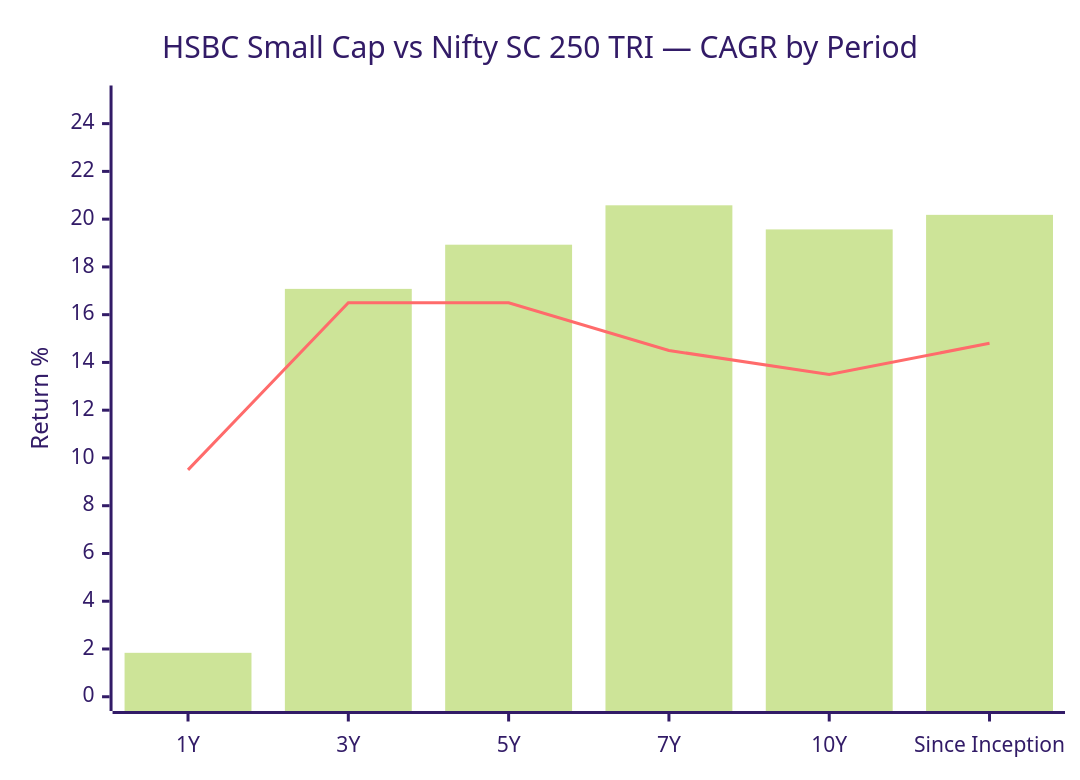
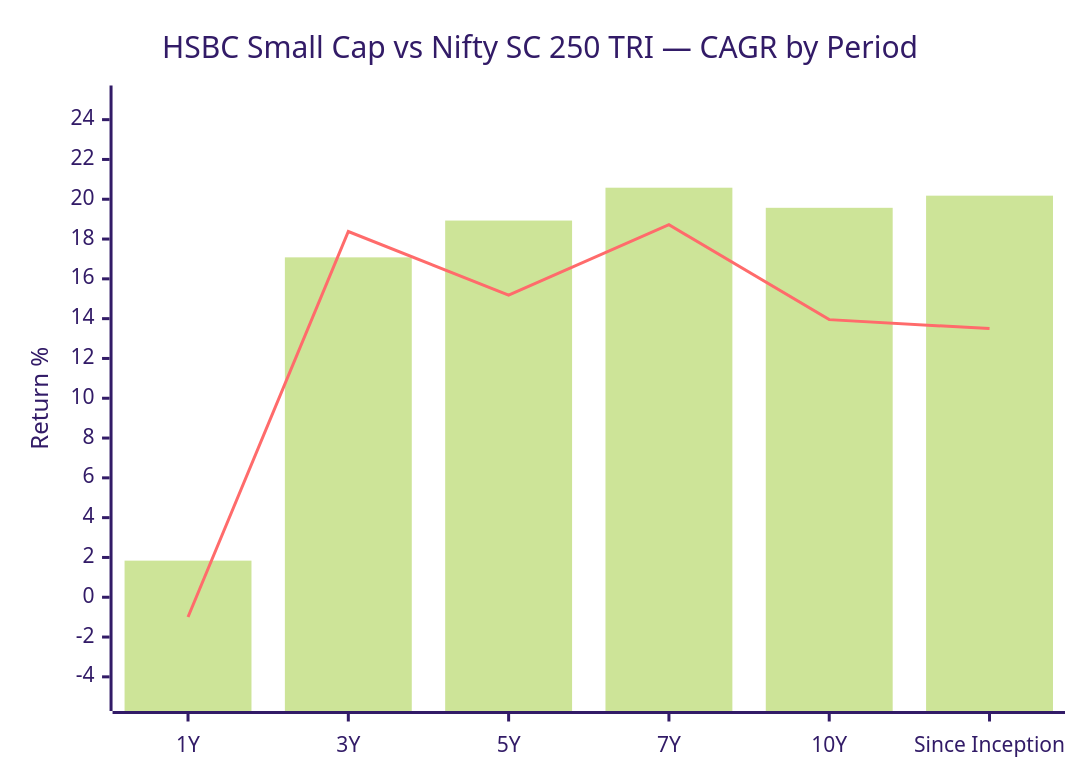
Before and after one commit to mayankutkarsh334/Investment: the first of 15 diagrams in Mutual Fund/SmallCap/funds/hsbc/module1_returns.md, drawn with Mermaid (forest theme). The commit also changed other lines of this file and 2 other files, not shown here.

````diff
--- a/Mutual Fund/SmallCap/funds/hsbc/module1_returns.md
+++ b/Mutual Fund/SmallCap/funds/hsbc/module1_returns.md
@@ -89,8 +89,8 @@
 ```mermaid
 xychart-beta
     title "HSBC Small Cap vs Nifty SC 250 TRI — CAGR by Period"
     x-axis ["1Y", "3Y", "5Y", "7Y", "10Y", "Since Inception"]
-    y-axis "Return %" 0 --> 25
+    y-axis "Return %" -5 --> 25
     bar [1.84, 17.08, 18.93, 20.58, 19.57, 20.18]
-    line [9.50, 16.50, 16.50, 14.50, 13.50, 14.80]
+    line [-0.99, 18.38, 15.18, 18.72, 13.95, 13.50]
 ```
````
